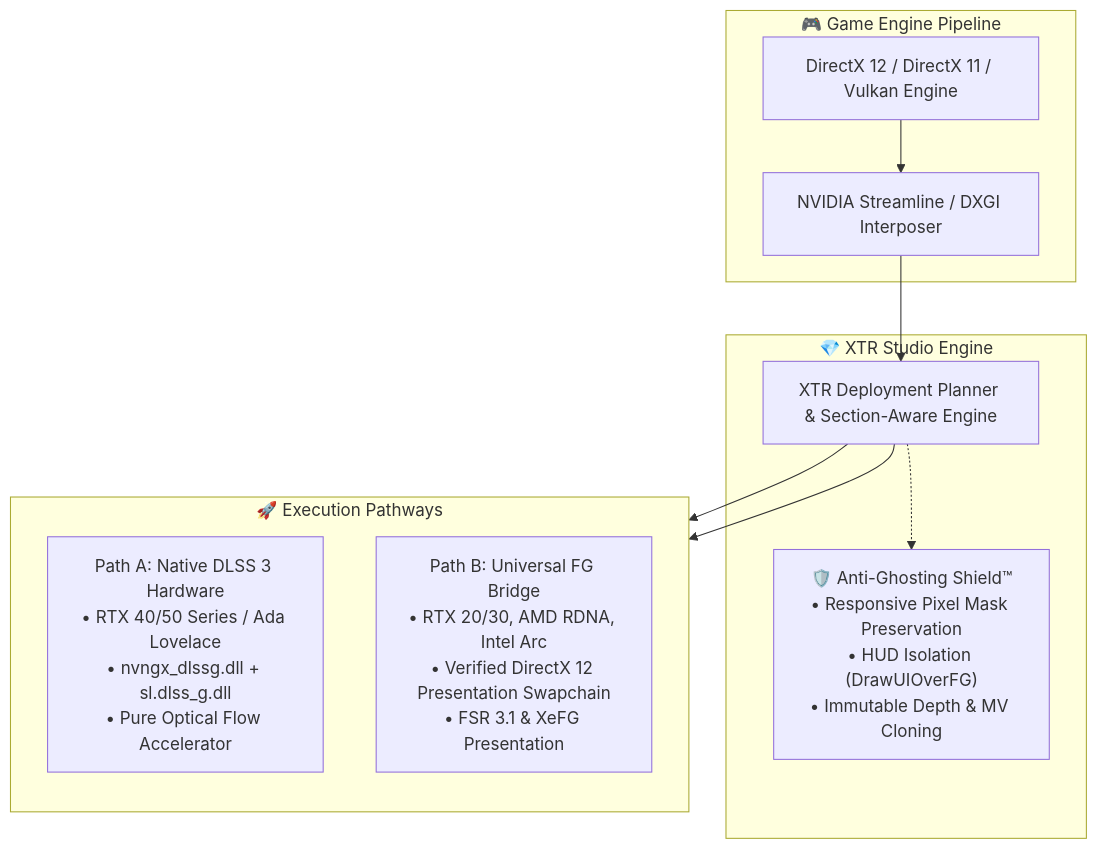
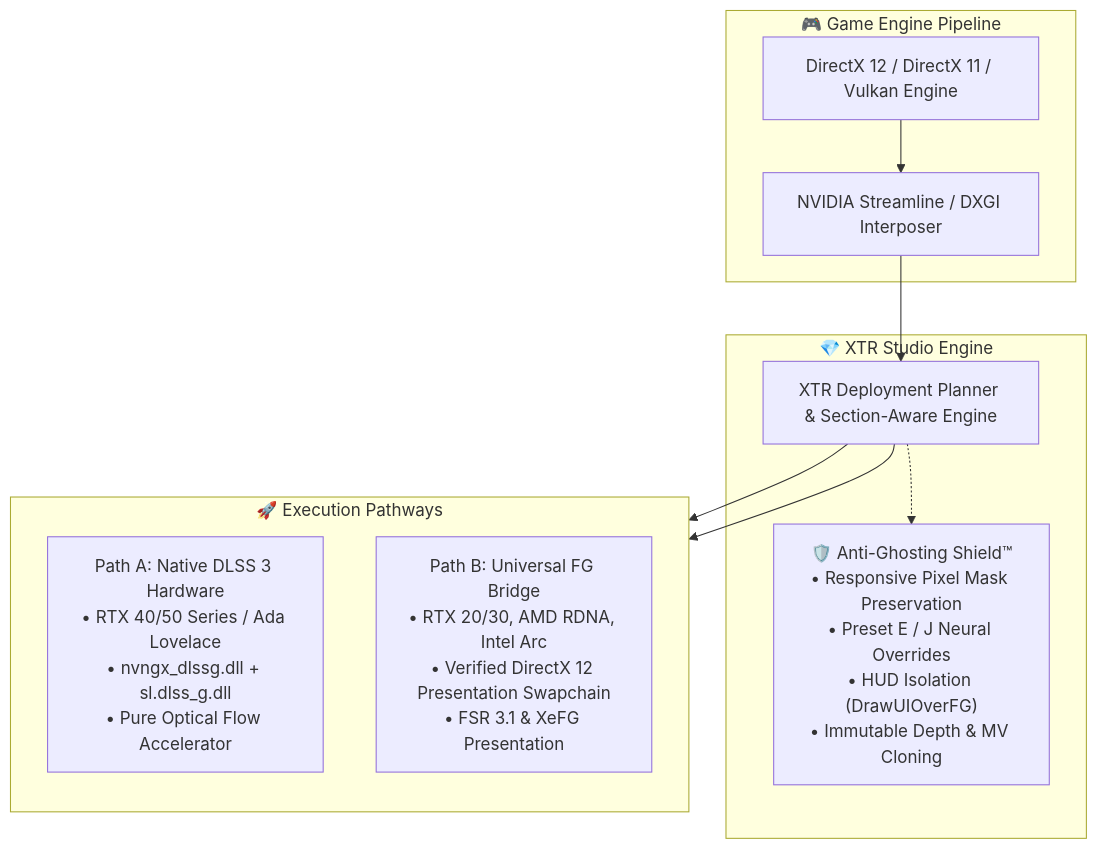
One commit to anmol150704/XTR-Unlocker changed the diagram in README.md. Above: the diagram before and after it, drawn with Mermaid. The commit also changed other lines of this file and 3 other files, not shown here.

````diff
--- a/README.md
+++ b/README.md
@@ -68,25 +88,25 @@
 ```mermaid
 flowchart TD
     subgraph Host ["🎮 Game Engine Pipeline"]
         Engine["DirectX 12 / DirectX 11 / Vulkan Engine"]
         Streamline["NVIDIA Streamline / DXGI Interposer"]
         Engine --> Streamline
     end
 
     subgraph XTR ["💎 XTR Studio Engine"]
         Planner["XTR Deployment Planner & Section-Aware Engine"]
         Streamline --> Planner
         
-        Shield["🛡️ Anti-Ghosting Shield™\n• Responsive Pixel Mask Preservation\n• HUD Isolation (DrawUIOverFG)\n• Immutable Depth & MV Cloning"]
+        Shield["🛡️ Anti-Ghosting Shield™\n• Responsive Pixel Mask Preservation\n• Preset E / J Neural Overrides\n• HUD Isolation (DrawUIOverFG)\n• Immutable Depth & MV Cloning"]
         Planner -.-> Shield
     end
 
     subgraph Paths ["🚀 Execution Pathways"]
         direction TB
         PathA["Path A: Native DLSS 3 Hardware\n• RTX 40/50 Series / Ada Lovelace\n• nvngx_dlssg.dll + sl.dlss_g.dll\n• Pure Optical Flow Accelerator"]
         PathB["Path B: Universal FG Bridge\n• RTX 20/30, AMD RDNA, Intel Arc\n• Verified DirectX 12 Presentation Swapchain\n• FSR 3.1 & XeFG Presentation"]
     end
 
     Planner --> PathA
     Planner --> PathB
 ```
````
